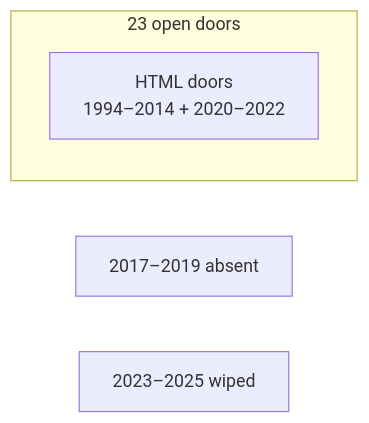
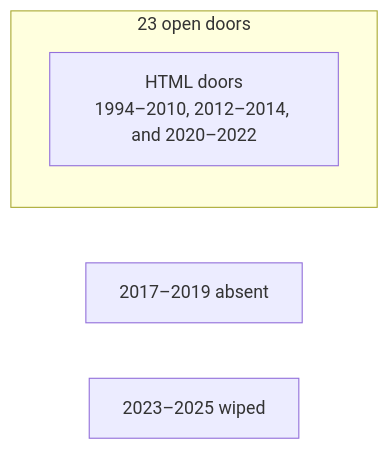
The second of 5 diagrams in docs/FLOW-CHECK-DIAGRAM.md (sourabhligade/internet-through-time), drawn with Mermaid before and after one commit. The commit also changed 286 other files, not shown here.

````diff
--- a/docs/FLOW-CHECK-DIAGRAM.md
+++ b/docs/FLOW-CHECK-DIAGRAM.md
@@ -45,8 +45,8 @@
 ```mermaid
 flowchart LR
  subgraph PLAY["23 open doors"]
- HTML["HTML doors<br/>1994–2014 + 2020–2022"]
+ HTML["HTML doors<br/>1994–2010, 2012–2014, and 2020–2022"]
  end
  ABSENT["2017–2019 absent"]
  WIPE["2023–2025 wiped"]
 ```
````
